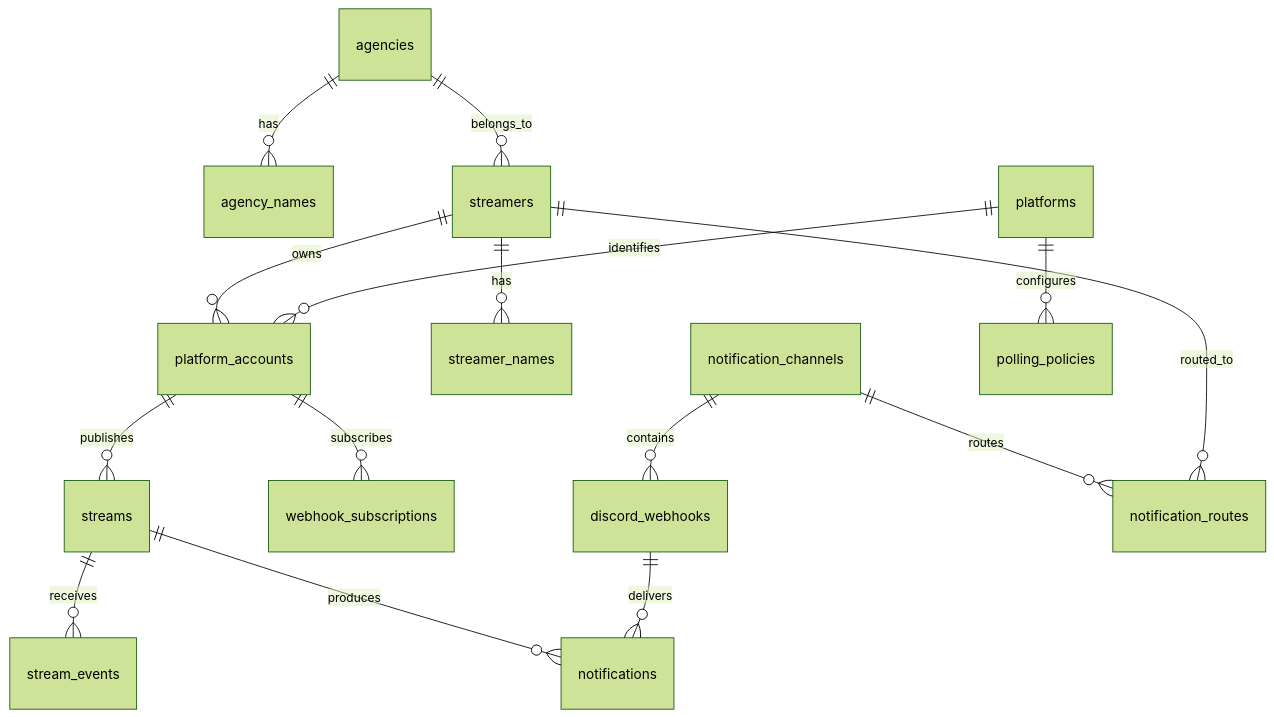
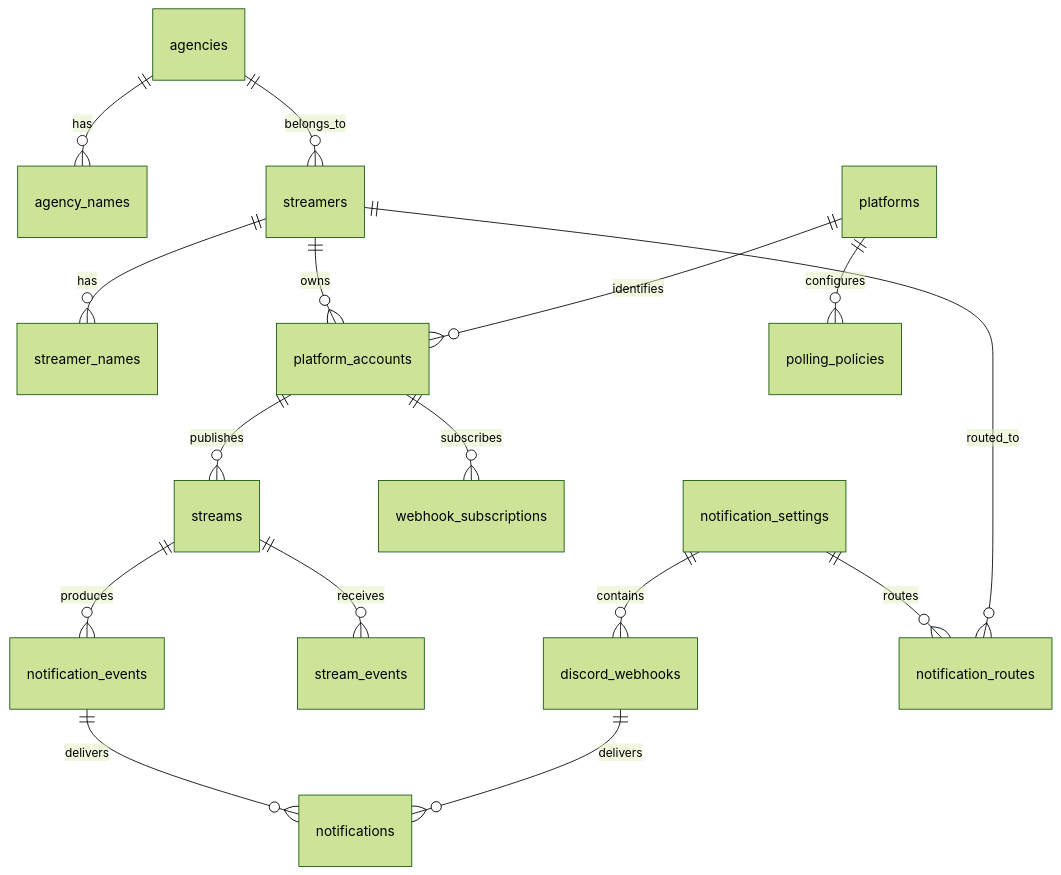
One commit to hrkz777/StreamNotifyBot changed the diagram in Documents/データ設計書.md. Above: the diagram before and after it, drawn with Mermaid (forest theme). The commit also changed other lines of this file and 3 other files, not shown here.

````diff
--- a/Documents/データ設計書.md
+++ b/Documents/データ設計書.md
@@ -22,17 +22,18 @@
 ```mermaid
 erDiagram
-    notification_channels ||--o{ discord_webhooks : contains
+    notification_settings ||--o{ discord_webhooks : contains
     agencies ||--o{ agency_names : has
     agencies ||--o{ streamers : belongs_to
     streamers ||--o{ streamer_names : has
     streamers ||--o{ platform_accounts : owns
     platforms ||--o{ platform_accounts : identifies
     platform_accounts ||--o{ webhook_subscriptions : subscribes
     platform_accounts ||--o{ streams : publishes
     streams ||--o{ stream_events : receives
-    streams ||--o{ notifications : produces
+    streams ||--o{ notification_events : produces
+    notification_events ||--o{ notifications : delivers
     discord_webhooks ||--o{ notifications : delivers
-    notification_channels ||--o{ notification_routes : routes
+    notification_settings ||--o{ notification_routes : routes
     streamers ||--o{ notification_routes : routed_to
     platforms ||--o{ polling_policies : configures
 ```
````
